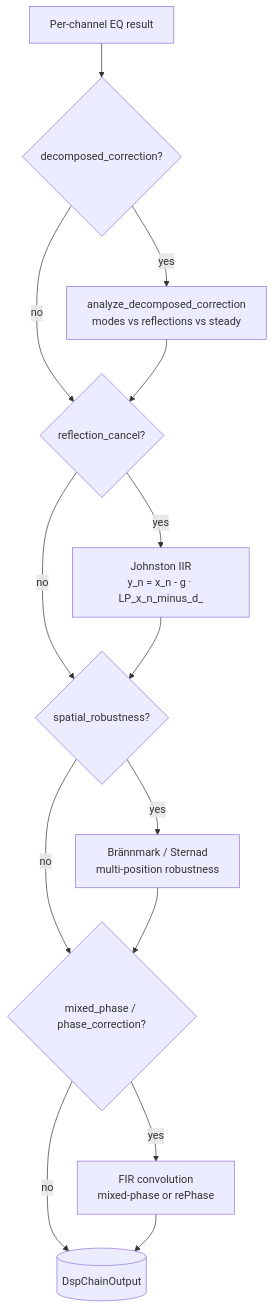
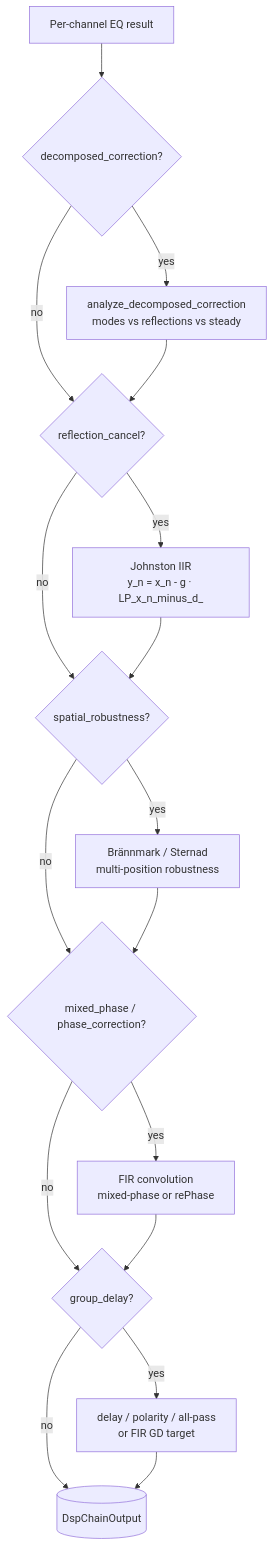
Before and after one commit to pierreaubert/sotf: diagram 11 of 12 in crates/autoeq/docs/roomeq_explained.md, drawn with Mermaid. The commit also changed other lines of this file and 338 other files, not shown here.

````diff
--- a/crates/autoeq/docs/roomeq_explained.md
+++ b/crates/autoeq/docs/roomeq_explained.md
@@ -463,16 +619,19 @@
 ```mermaid
 flowchart TB
     R0[Per-channel EQ result] --> R1{decomposed_correction?}
     R1 -->|yes| R1Y[analyze_decomposed_correction<br/>modes vs reflections vs steady]
     R1 -->|no| R2
     R1Y --> R2{reflection_cancel?}
     R2 -->|yes| R2Y[Johnston IIR<br/>y_n = x_n - g · LP_x_n_minus_d_]
     R2 -->|no| R3
     R2Y --> R3{spatial_robustness?}
     R3 -->|yes| R3Y[Brännmark / Sternad<br/>multi-position robustness]
     R3 -->|no| R4
     R3Y --> R4{mixed_phase / phase_correction?}
     R4 -->|yes| R4Y[FIR convolution<br/>mixed-phase or rePhase]
-    R4 -->|no| OUT
-    R4Y --> OUT[(DspChainOutput)]
+    R4 -->|no| R5
+    R4Y --> R5{group_delay?}
+    R5 -->|yes| R5Y[delay / polarity / all-pass<br/>or FIR GD target]
+    R5 -->|no| OUT
+    R5Y --> OUT[(DspChainOutput)]
 ```
````
